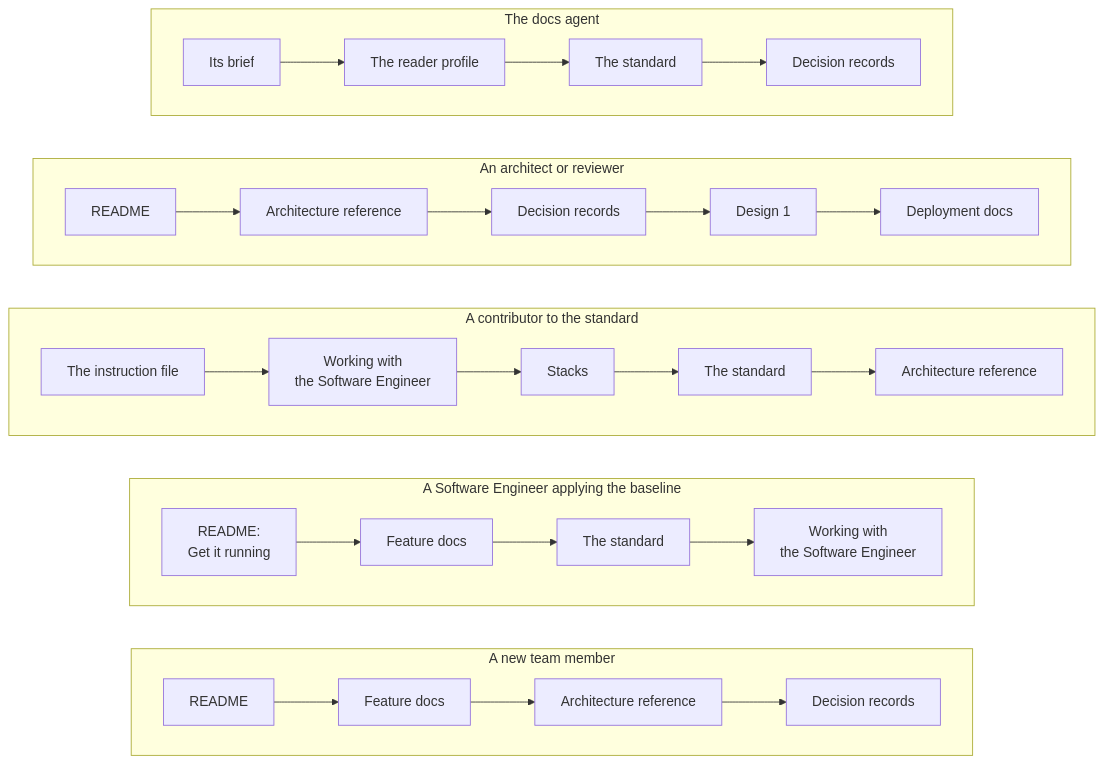
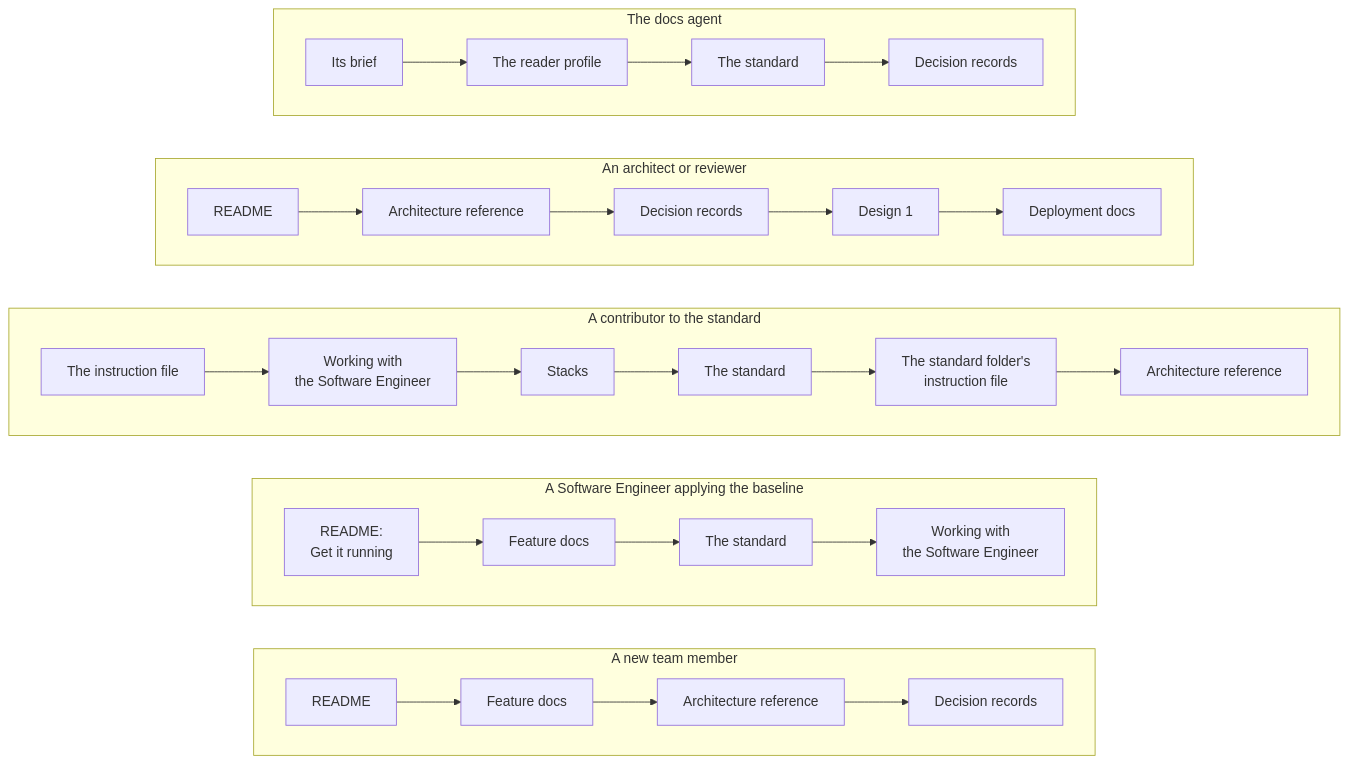
The diagram in docs/reader-profile.md (chandanbsd/baseline-framework), drawn with Mermaid before and after one commit. The commit also changed other lines of this file and 31 other files, not shown here.

````diff
--- a/docs/reader-profile.md
+++ b/docs/reader-profile.md
@@ -120,23 +120,23 @@
 ```mermaid
 flowchart LR
     subgraph NH["A new team member"]
         direction LR
         N1["README"] --> N2["Feature docs"] --> N3["Architecture reference"] --> N4["Decision records"]
     end
     subgraph SE["A Software Engineer applying the baseline"]
         direction LR
         S1["README:<br/>Get it running"] --> S2["Feature docs"] --> S3["The standard"] --> S4["Working with<br/>the Software Engineer"]
     end
     subgraph CO["A contributor to the standard"]
         direction LR
-        C1["The instruction file"] --> C2["Working with<br/>the Software Engineer"] --> C3["Stacks"] --> C4["The standard"] --> C5["Architecture reference"]
+        C1["The instruction file"] --> C2["Working with<br/>the Software Engineer"] --> C3["Stacks"] --> C4["The standard"] --> C6["The standard folder's<br/>instruction file"] --> C5["Architecture reference"]
     end
     subgraph AR["An architect or reviewer"]
         direction LR
         A1["README"] --> A2["Architecture reference"] --> A3["Decision records"] --> A4["Design 1"] --> A5["Deployment docs"]
     end
     subgraph DA["The docs agent"]
         direction LR
         D1["Its brief"] --> D2["The reader profile"] --> D3["The standard"] --> D4["Decision records"]
     end
 ```
````
